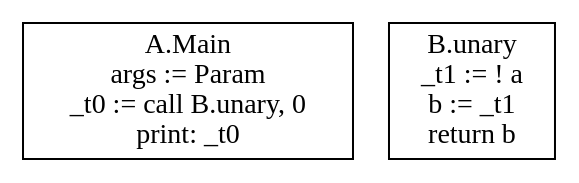
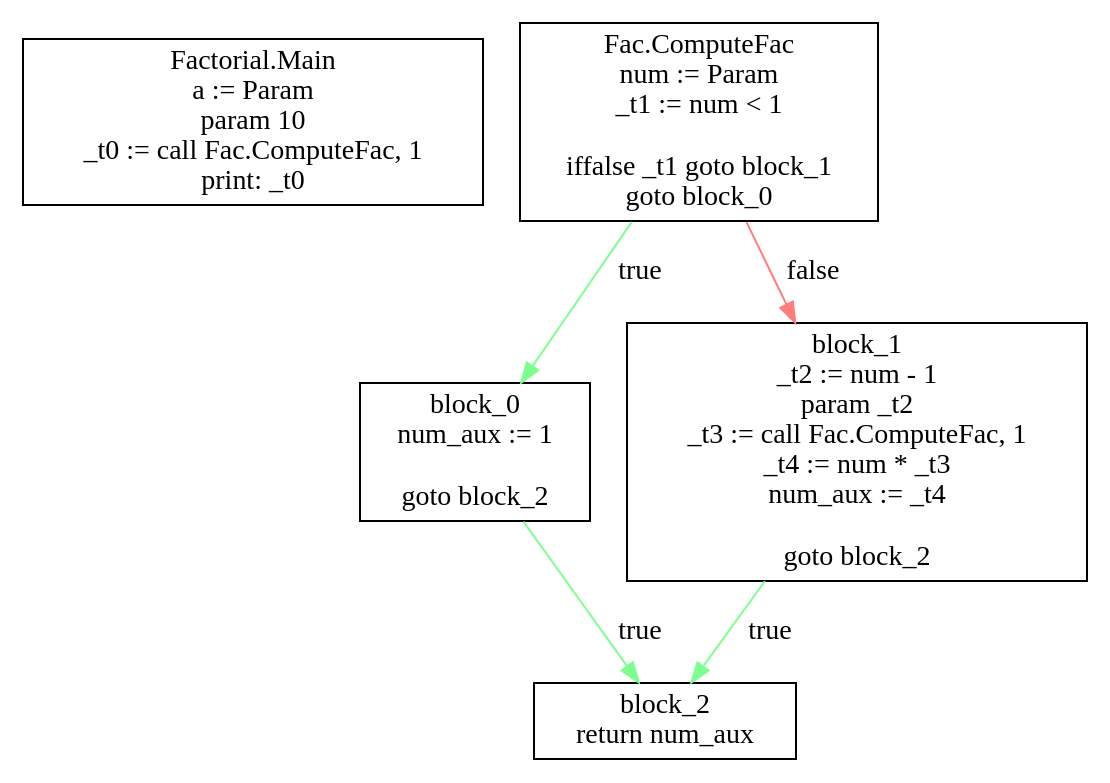
Before and after one commit to Hnsson/DV1655: the diagram in Assignment-3/cfg.dot, drawn with Graphviz. The commit also changed 12 other files, not shown here.

```diff
--- a/Assignment-3/cfg.dot
+++ b/Assignment-3/cfg.dot
@@ -1,4 +1,11 @@
 digraph CFG {
-    "A.Main" [shape=box label="A.Main\nargs := Param\n_t0 := call B.unary, 0\nprint: _t0\n"];
-    "B.unary" [shape=box label="B.unary\n_t1 := ! a\nb := _t1\nreturn b\n"];
+    "Factorial.Main" [shape=box label="Factorial.Main\na := Param\nparam 10\n_t0 := call Fac.ComputeFac, 1\nprint: _t0\n"];
+    "Fac.ComputeFac" [shape=box label="Fac.ComputeFac\nnum := Param\n_t1 := num < 1\n\niffalse _t1 goto block_1\ngoto block_0"];
+    "Fac.ComputeFac" -> "block_0" [label="true" color="#7dff90"];
+    "block_0" [shape=box label="block_0\nnum_aux := 1\n\ngoto block_2"];
+    "block_0" -> "block_2" [label="true" color="#7dff90"];
+    "block_2" [shape=box label="block_2\nreturn num_aux\n"];
+    "Fac.ComputeFac" -> "block_1" [label="false" color="#ff7d7d"];
+    "block_1" [shape=box label="block_1\n_t2 := num - 1\nparam _t2\n_t3 := call Fac.ComputeFac, 1\n_t4 := num * _t3\nnum_aux := _t4\n\ngoto block_2"];
+    "block_1" -> "block_2" [label="true" color="#7dff90"];
 }
```
